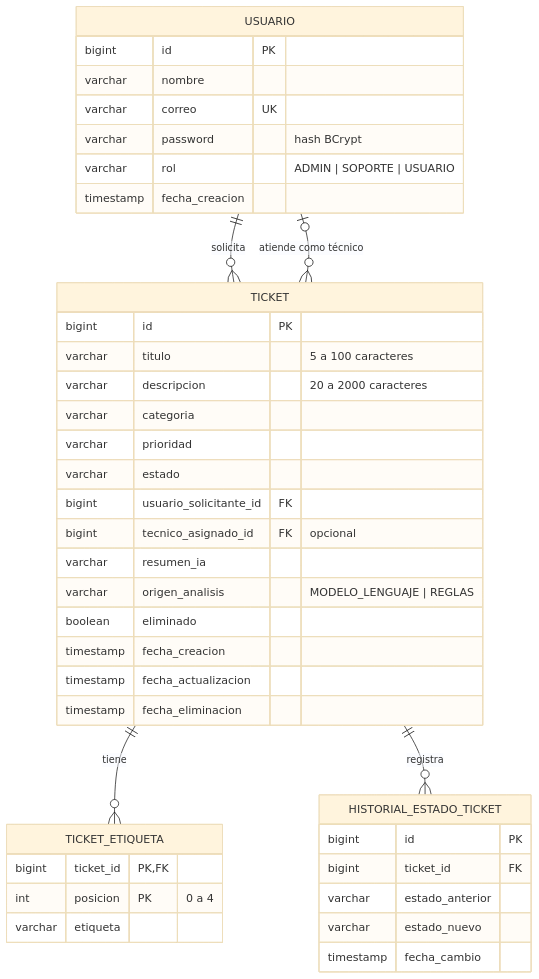
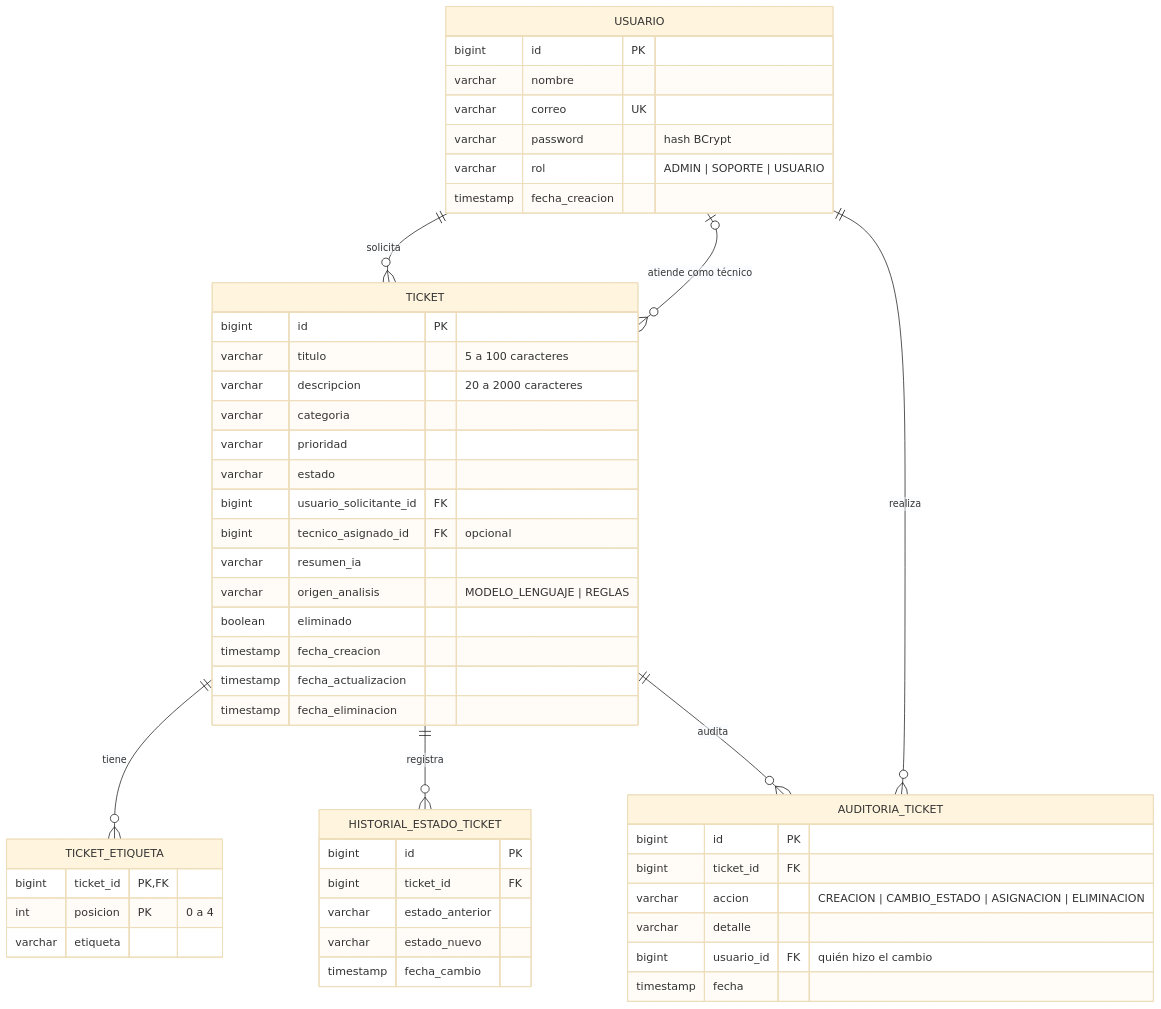
One commit to luisarmandoalk/GestionTickets changed the second of 3 diagrams in README.md. Above: the diagram before and after it, drawn with Mermaid (base theme). The commit also changed other lines of this file and 45 other files, not shown here.

````diff
--- a/README.md
+++ b/README.md
@@ -75,44 +85,54 @@
 ```mermaid
 erDiagram
     USUARIO ||--o{ TICKET : "solicita"
     USUARIO |o--o{ TICKET : "atiende como técnico"
     TICKET ||--o{ TICKET_ETIQUETA : "tiene"
     TICKET ||--o{ HISTORIAL_ESTADO_TICKET : "registra"
+    TICKET ||--o{ AUDITORIA_TICKET : "audita"
+    USUARIO ||--o{ AUDITORIA_TICKET : "realiza"
 
     USUARIO {
         bigint id PK
         varchar nombre
         varchar correo UK
         varchar password "hash BCrypt"
         varchar rol "ADMIN | SOPORTE | USUARIO"
         timestamp fecha_creacion
     }
     TICKET {
         bigint id PK
         varchar titulo "5 a 100 caracteres"
         varchar descripcion "20 a 2000 caracteres"
         varchar categoria
         varchar prioridad
         varchar estado
         bigint usuario_solicitante_id FK
         bigint tecnico_asignado_id FK "opcional"
         varchar resumen_ia
         varchar origen_analisis "MODELO_LENGUAJE | REGLAS"
         boolean eliminado
         timestamp fecha_creacion
         timestamp fecha_actualizacion
         timestamp fecha_eliminacion
     }
     TICKET_ETIQUETA {
         bigint ticket_id PK, FK
         int posicion PK "0 a 4"
         varchar etiqueta
     }
     HISTORIAL_ESTADO_TICKET {
         bigint id PK
         bigint ticket_id FK
         varchar estado_anterior
         varchar estado_nuevo
         timestamp fecha_cambio
     }
+    AUDITORIA_TICKET {
+        bigint id PK
+        bigint ticket_id FK
+        varchar accion "CREACION | CAMBIO_ESTADO | ASIGNACION | ELIMINACION"
+        varchar detalle
+        bigint usuario_id FK "quién hizo el cambio"
+        timestamp fecha
+    }
 ```
````
